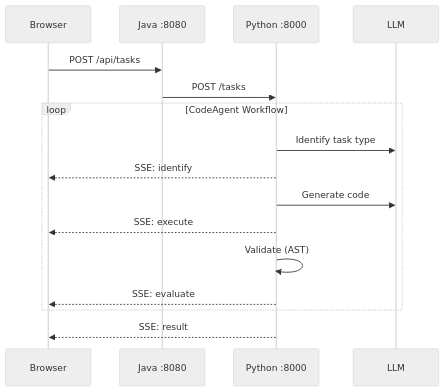
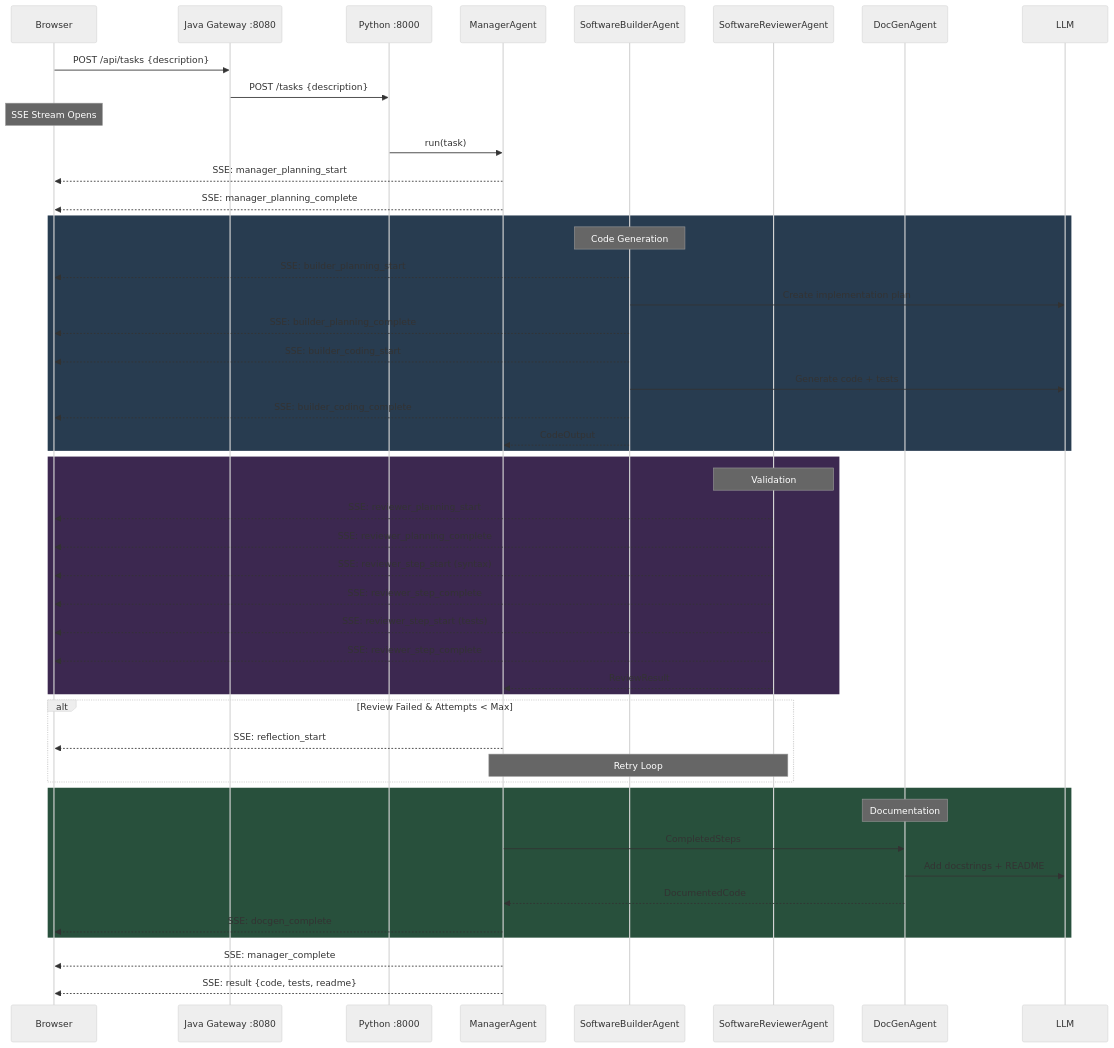
One commit to aregmii/langgraph-agentic-dev-starter changed the third of 4 diagrams in README.md. Above: the diagram before and after it, drawn with Mermaid (neutral theme). The commit also changed other lines of this file and 24 other files, not shown here.

````diff
--- a/README.md
+++ b/README.md
@@ -55,21 +156,58 @@
 ```mermaid
 sequenceDiagram
     participant Browser
-    participant Java as Java :8080
+    participant Java as Java Gateway :8080
     participant Python as Python :8000
+    participant Manager as ManagerAgent
+    participant Builder as SoftwareBuilderAgent
+    participant Reviewer as SoftwareReviewerAgent
+    participant DocGen as DocGenAgent
     participant LLM
 
-    Browser->>Java: POST /api/tasks
-    Java->>Python: POST /tasks
+    Browser->>Java: POST /api/tasks {description}
+    Java->>Python: POST /tasks {description}
 
-    loop CodeAgent Workflow
-        Python->>LLM: Identify task type
-        Python-->>Browser: SSE: identify
-        Python->>LLM: Generate code
-        Python-->>Browser: SSE: execute
-        Python->>Python: Validate (AST)
-        Python-->>Browser: SSE: evaluate
+    Note over Browser: SSE Stream Opens
+
+    Python->>Manager: run(task)
+    Manager-->>Browser: SSE: manager_planning_start
+    Manager-->>Browser: SSE: manager_planning_complete
+
+    rect rgb(40, 60, 80)
+        Note over Builder: Code Generation
+        Builder-->>Browser: SSE: builder_planning_start
+        Builder->>LLM: Create implementation plan
+        Builder-->>Browser: SSE: builder_planning_complete
+        Builder-->>Browser: SSE: builder_coding_start
+        Builder->>LLM: Generate code + tests
+        Builder-->>Browser: SSE: builder_coding_complete
+        Builder-->>Manager: CodeOutput
     end
 
-    Python-->>Browser: SSE: result
+    rect rgb(60, 40, 80)
+        Note over Reviewer: Validation
+        Reviewer-->>Browser: SSE: reviewer_planning_start
+        Reviewer-->>Browser: SSE: reviewer_planning_complete
+        Reviewer-->>Browser: SSE: reviewer_step_start (syntax)
+        Reviewer-->>Browser: SSE: reviewer_step_complete
+        Reviewer-->>Browser: SSE: reviewer_step_start (tests)
+        Reviewer-->>Browser: SSE: reviewer_step_complete
+        Reviewer-->>Manager: ReviewResult
+    end
+
+    alt Review Failed & Attempts < Max
+        Manager-->>Browser: SSE: reflection_start
+        Note over Manager,Reviewer: Retry Loop
+    end
+
+    rect rgb(40, 80, 60)
+        Note over DocGen: Documentation
+        Manager->>DocGen: CompletedSteps
+        DocGen->>LLM: Add docstrings + README
+        DocGen-->>Manager: DocumentedCode
+        Manager-->>Browser: SSE: docgen_complete
+    end
+
+    Manager-->>Browser: SSE: manager_complete
+    Manager-->>Browser: SSE: result {code, tests, readme}
 ```
````
